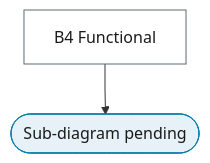
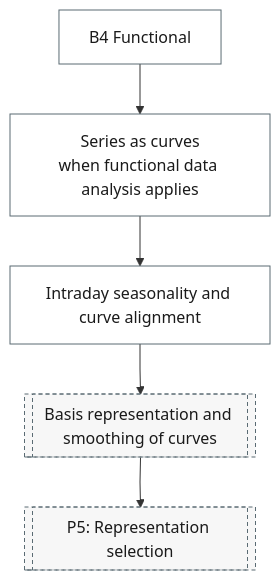
Before and after one commit to Shuxin-Y/time-series-analysis-manual: the diagram in docs/reference/14-functional-high-frequency/index.md, drawn with Mermaid. The commit also changed other lines of this file and 11 other files, not shown here.

First line of the commit message:
feat(flowchart): branch sub-diagrams B1 to B7

````diff
--- a/docs/reference/14-functional-high-frequency/index.md
+++ b/docs/reference/14-functional-high-frequency/index.md
@@ -7,15 +7,18 @@
 ```mermaid
 %%{init: {"flowchart": {"curve": "linear"}}}%%
 graph TD
-    B4["B4 Functional"] --> B4_PENDING(["Sub-diagram pending"])
-    class B4 process
-    class B4_PENDING terminator
+    B4["B4 Functional"] --> B4_CURVES["Series as curves<br/>when functional data analysis applies"]
+    B4_CURVES --> B4_INTRADAY["Intraday seasonality and curve alignment"]
+    B4_INTRADAY --> P5_FN_BASIS[["Basis representation and smoothing of curves"]]
+    P5_FN_BASIS --> P5[["P5: Representation selection"]]
+    class B4,B4_CURVES,B4_INTRADAY process
+    class P5_FN_BASIS,P5 ref
     classDef terminator fill:#E6F2F7,stroke:#007BA7,color:#1A1A1A;
     classDef process fill:#FFFFFF,stroke:#5A6B73,color:#1A1A1A;
     classDef decision fill:#EFE7F0,stroke:#9B7FA7,color:#1A1A1A;
     classDef data fill:#FFF4E0,stroke:#C9A55E,color:#1A1A1A;
     classDef good fill:#DCEFD8,stroke:#4A7A3F,color:#1A1A1A;
     classDef escalate fill:#FFE9C2,stroke:#C9A55E,color:#1A1A1A;
     classDef problem fill:#F2D9DE,stroke:#800020,color:#1A1A1A;
     classDef ref fill:#F7F7F7,stroke:#5A6B73,color:#1A1A1A,stroke-dasharray:4 3;
 ```
````
